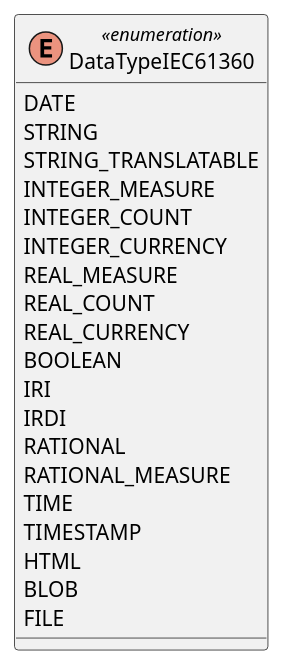
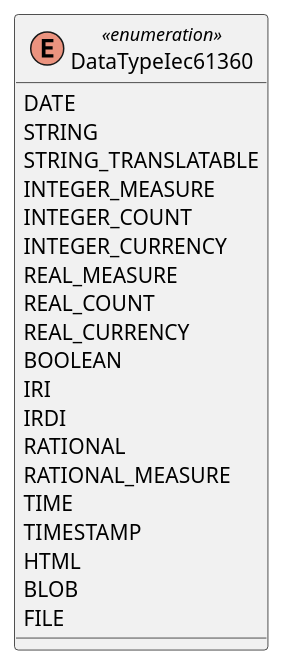
Before and after one commit to admin-shell-io/aas-specs-iec61360: the diagram in documentation/IDTA-01003-a/modules/ROOT/partials/diagrams/classes/enum-datatype-iec61360.puml, drawn with PlantUML. The commit also changed 1 other file, not shown here.

Commit message:
bugfix: name of type is DataTypeIec61360, not DataTypeIEC61360

```diff
--- a/documentation/IDTA-01003-a/modules/ROOT/partials/diagrams/classes/enum-datatype-iec61360.puml
+++ b/documentation/IDTA-01003-a/modules/ROOT/partials/diagrams/classes/enum-datatype-iec61360.puml
@@ -1,23 +1,23 @@
 @startuml
-enum DataTypeIEC61360 <<enumeration>> {
+enum DataTypeIec61360 <<enumeration>> {
   DATE
   STRING
   STRING_TRANSLATABLE
   INTEGER_MEASURE
   INTEGER_COUNT
   INTEGER_CURRENCY
   REAL_MEASURE
   REAL_COUNT
   REAL_CURRENCY
   BOOLEAN
   IRI
   IRDI
   RATIONAL
   RATIONAL_MEASURE
   TIME
   TIMESTAMP
   HTML
   BLOB
   FILE
 }
 @enduml
```
